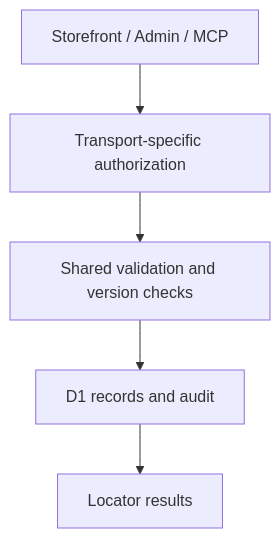
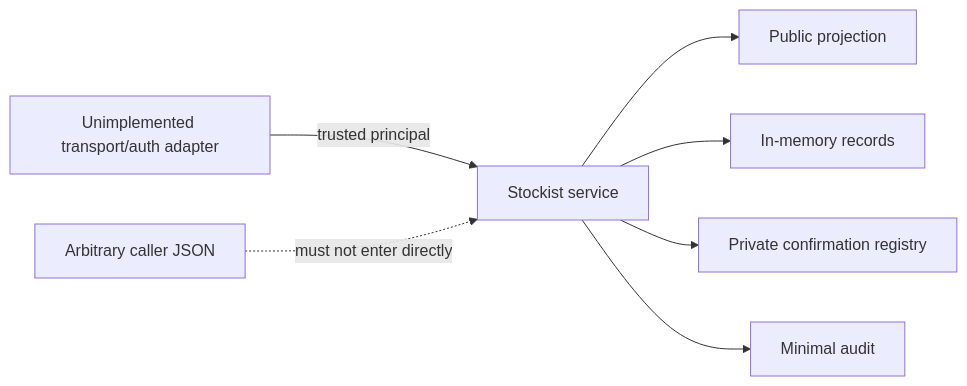
The diagram in README.md (Longspring2k/shopify-stockist-platform-poc), drawn with Mermaid before and after one commit. The commit also changed other lines of this file and 6 other files, not shown here.

````diff
--- a/README.md
+++ b/README.md
@@ -25,12 +43,9 @@
 ```mermaid
-flowchart TD
-    N0["Storefront / Admin / MCP"]
-    N1["Transport-specific authorization"]
-    N0 --> N1
-    N2["Shared validation and version checks"]
-    N1 --> N2
-    N3["D1 records and audit"]
-    N2 --> N3
-    N4["Locator results"]
-    N3 --> N4
+flowchart LR
+    T["Unimplemented transport/auth adapter"] -->|"trusted principal"| S["Stockist service"]
+    U["Arbitrary caller JSON"] -. "must not enter directly" .-> S
+    S --> P["Public projection"]
+    S --> R["In-memory records"]
+    S --> C["Private confirmation registry"]
+    S --> A["Minimal audit"]
 ```
````
